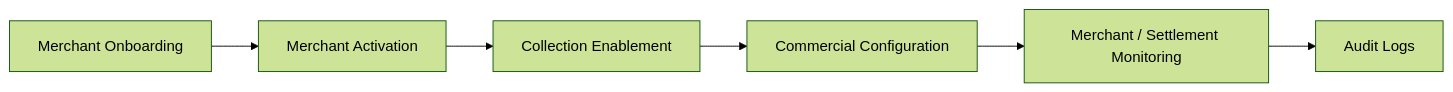
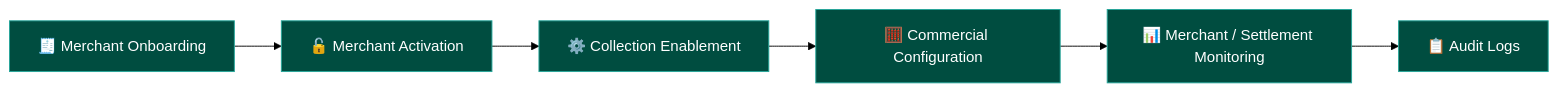
Before and after one commit to ghanendra-sdet/fintech-collection-engine: the second of 6 diagrams in docs/architecture-and-flow.md, drawn with Mermaid (forest theme). The commit also changed other lines of this file, not shown here.

Commit message:
docs: enhance architecture diagrams with semantic coloring and icons

````diff
--- a/docs/architecture-and-flow.md
+++ b/docs/architecture-and-flow.md
@@ -27,8 +30,11 @@
 ```mermaid
 flowchart LR
-    Onboard["Merchant Onboarding"] --> Activate["Merchant Activation"]
-    Activate --> Enable["Collection Enablement"]
-    Enable --> Config["Commercial Configuration"]
-    Config --> Monitor["Merchant / Settlement Monitoring"]
-    Monitor --> Audit["Audit Logs"]
+    Onboard["🧾 Merchant Onboarding"] --> Activate["🔓 Merchant Activation"]
+    Activate --> Enable["⚙️ Collection Enablement"]
+    Enable --> Config["🧮 Commercial Configuration"]
+    Config --> Monitor["📊 Merchant / Settlement Monitoring"]
+    Monitor --> Audit["📋 Audit Logs"]
+
+    classDef service fill:#004d40,stroke:#26a69a,color:#fff
+    class Onboard,Activate,Enable,Config,Monitor,Audit service
 ```
````
